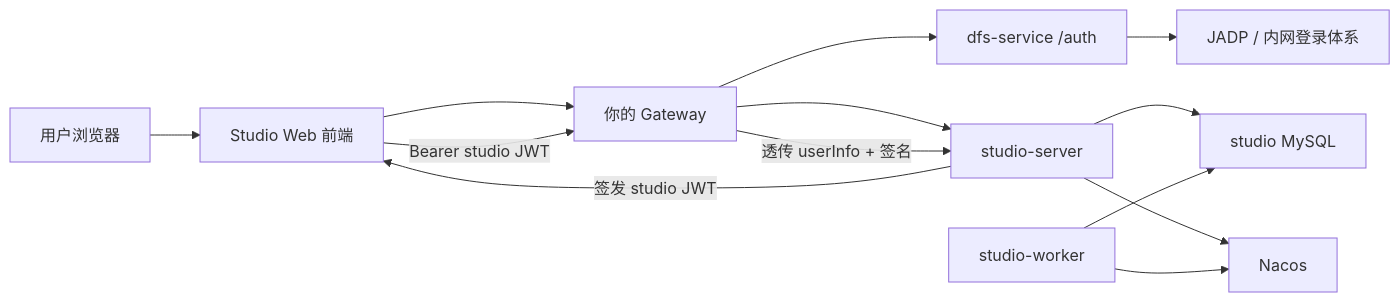
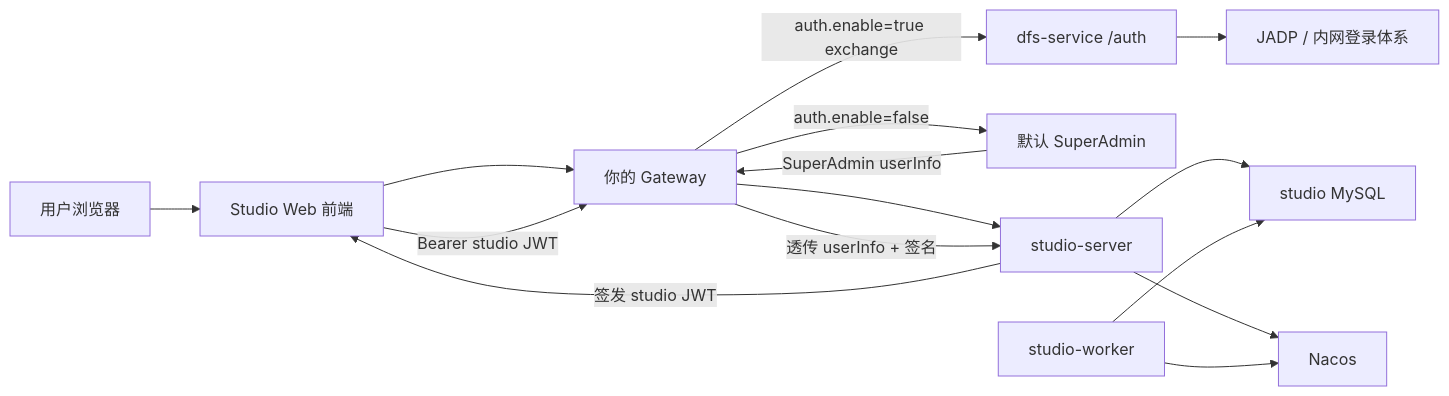
Before and after one commit to wdragondragon/DataAggregation: the first of 4 diagrams in DataAggregation适配方案.md, drawn with Mermaid. The commit also changed other lines of this file, not shown here.

````diff
--- a/DataAggregation适配方案.md
+++ b/DataAggregation适配方案.md
@@ -674,16 +730,18 @@
 ```mermaid
 flowchart LR
     U["用户浏览器"] --> W["Studio Web 前端"]
     W --> G["你的 Gateway"]
-    G --> A["dfs-service /auth"]
+    G -->|"auth.enable=true exchange"| A["dfs-service /auth"]
     A --> J["JADP / 内网登录体系"]
+    G -->|"auth.enable=false"| M["默认 SuperAdmin"]
     G --> S["studio-server"]
     S --> D["studio MySQL"]
     S --> N["Nacos"]
     K["studio-worker"] --> N
     K --> D
 
     G -->|"透传 userInfo + 签名"| S
+    M -->|"SuperAdmin userInfo"| G
     S -->|"签发 studio JWT"| W
     W -->|"Bearer studio JWT"| G
 ```
````
